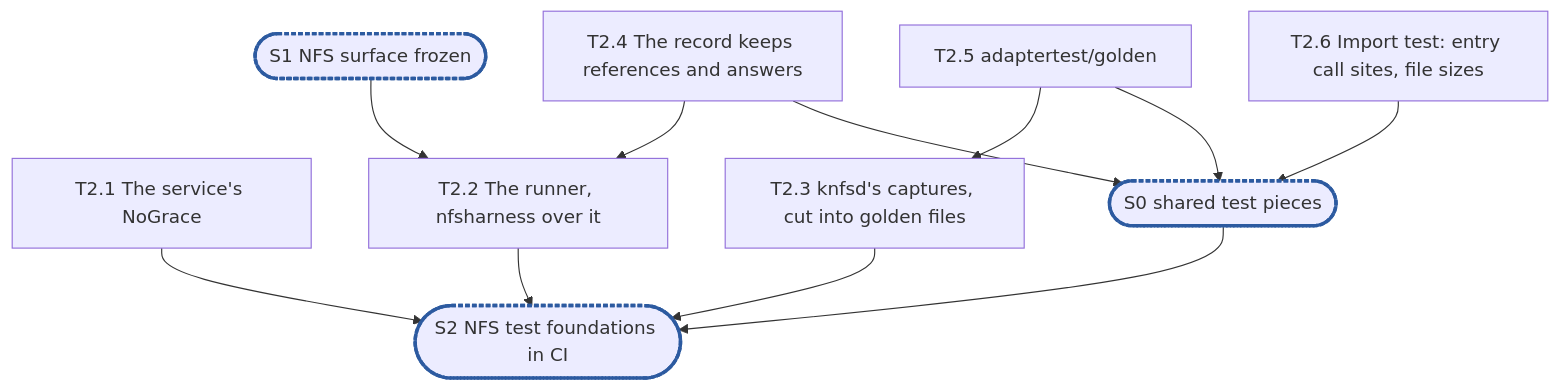
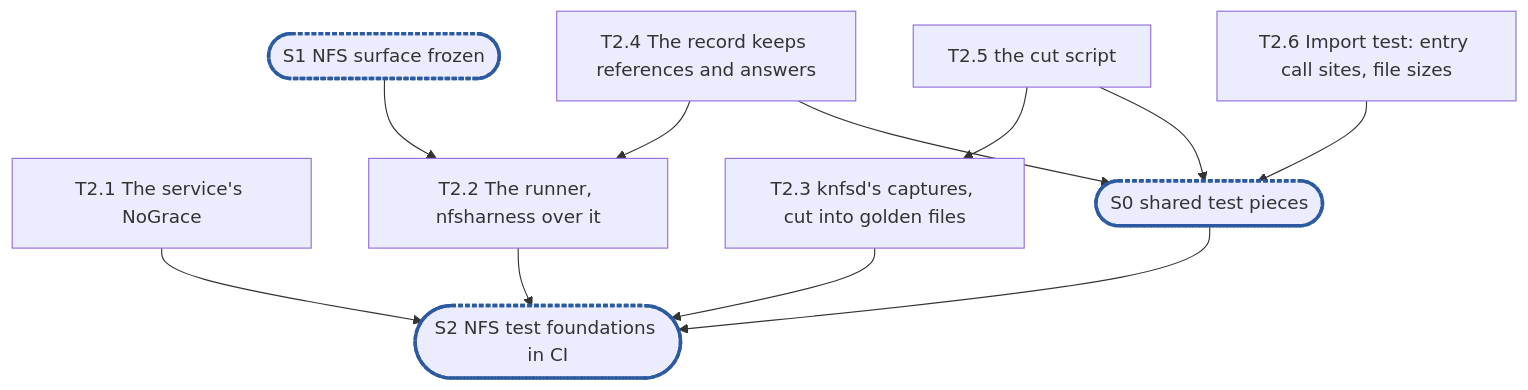
The diagram in .planning/rfc-21-nfs-epic2.md (cubbit/dittofs), drawn with Mermaid before and after one commit. The commit also changed other lines of this file and 2 other files, not shown here.

````diff
--- a/.planning/rfc-21-nfs-epic2.md
+++ b/.planning/rfc-21-nfs-epic2.md
@@ -566,12 +560,12 @@
 ```mermaid
 flowchart TD
   S1(["S1 NFS surface frozen"]):::sync
   T2_1["T2.1 The service's NoGrace"]
   T2_4["T2.4 The record keeps references and answers"] --> T2_2["T2.2 The runner, nfsharness over it"]
   S1 --> T2_2
-  T2_5["T2.5 adaptertest/golden"] --> T2_3["T2.3 knfsd's captures, cut into golden files"]
+  T2_5["T2.5 the cut script"] --> T2_3["T2.3 knfsd's captures, cut into golden files"]
   T2_6["T2.6 Import test: entry call sites, file sizes"]
   T2_4 & T2_5 & T2_6 --> S0(["S0 shared test pieces"]):::sync
   T2_1 & T2_2 & T2_3 & S0 --> S2(["S2 NFS test foundations in CI"]):::sync
   classDef sync stroke:#2c5aa0,stroke-width:3px,stroke-dasharray:4 2
 ```
````
